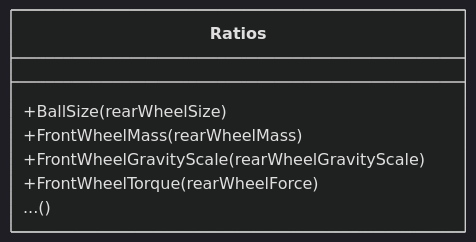
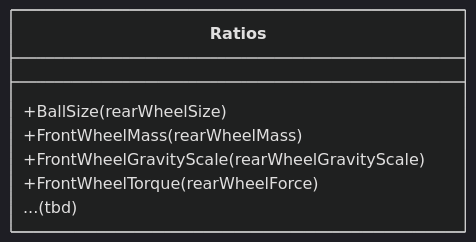
The eighth of 8 diagrams in README.md (entitycs/WaMBaM), drawn with Mermaid (dark theme) before and after one commit. The commit also changed other lines of this file, not shown here.

````diff
--- a/README.md
+++ b/README.md
@@ -316,10 +300,10 @@
 ```mermaid
 classDiagram
   class Ratios{
     +BallSize(rearWheelSize)
     +FrontWheelMass(rearWheelMass)
     +FrontWheelGravityScale(rearWheelGravityScale)
     +FrontWheelTorque(rearWheelForce)
-    ...()
+    ...(tbd)
   }
 ```
````
